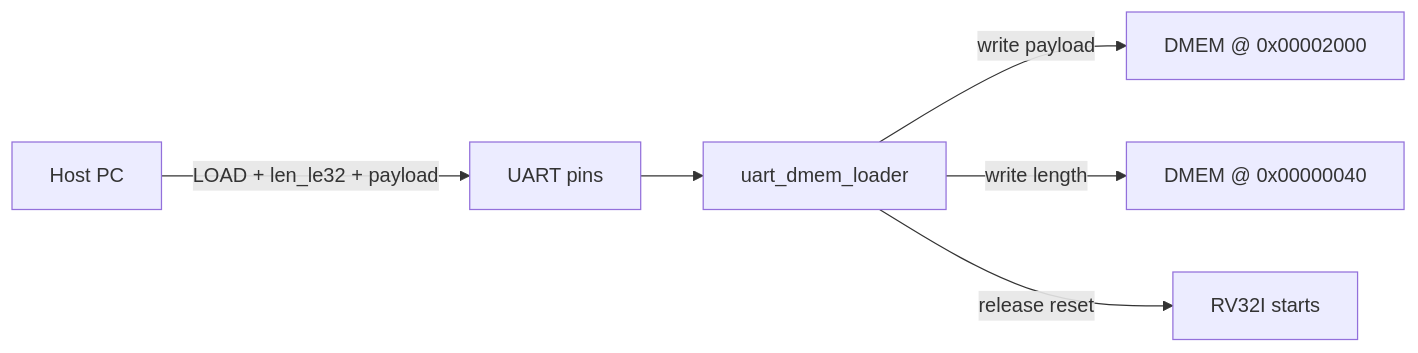
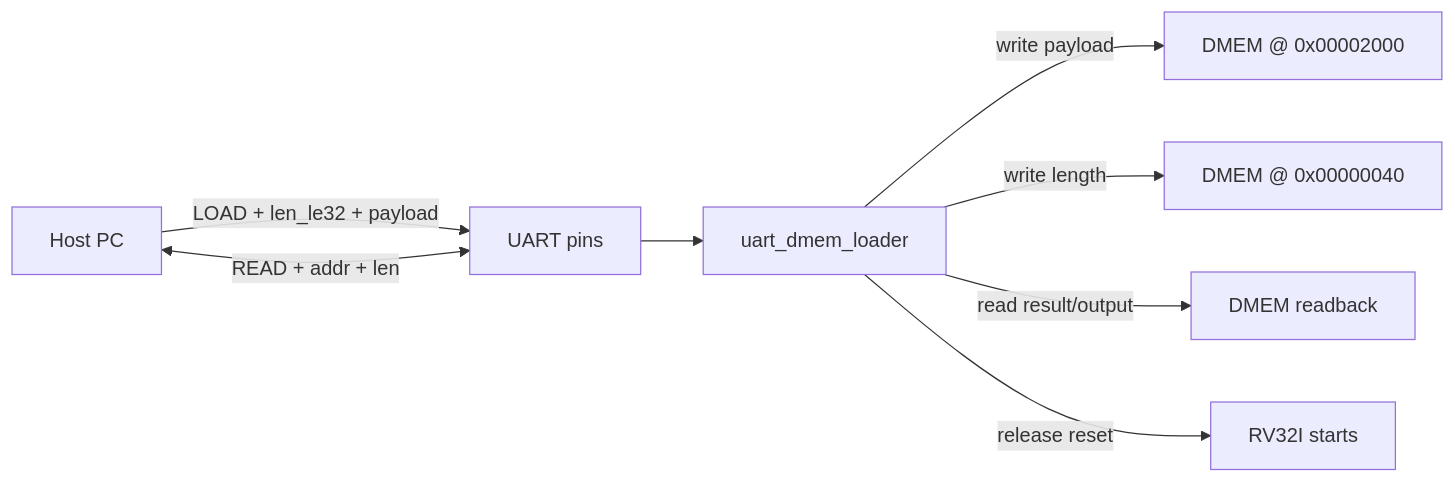
The second of 2 diagrams in docs/soc_usage_and_fpga_guide.md (ngoquocan139/AES_huffman_all6), drawn with Mermaid before and after one commit. The commit also changed other lines of this file and 22 other files, not shown here.

````diff
--- a/docs/soc_usage_and_fpga_guide.md
+++ b/docs/soc_usage_and_fpga_guide.md
@@ -417,8 +488,10 @@
 ```mermaid
 flowchart LR
   PC["Host PC"] -->|"LOAD + len_le32 + payload"| UART["UART pins"]
+  PC <-->|"READ + addr + len"| UART
   UART --> LDR["uart_dmem_loader"]
   LDR -->|"write payload"| SRC["DMEM @ 0x00002000"]
   LDR -->|"write length"| LEN["DMEM @ 0x00000040"]
+  LDR -->|"read result/output"| DMEM["DMEM readback"]
   LDR -->|"release reset"| CPU["RV32I starts"]
 ```
````
